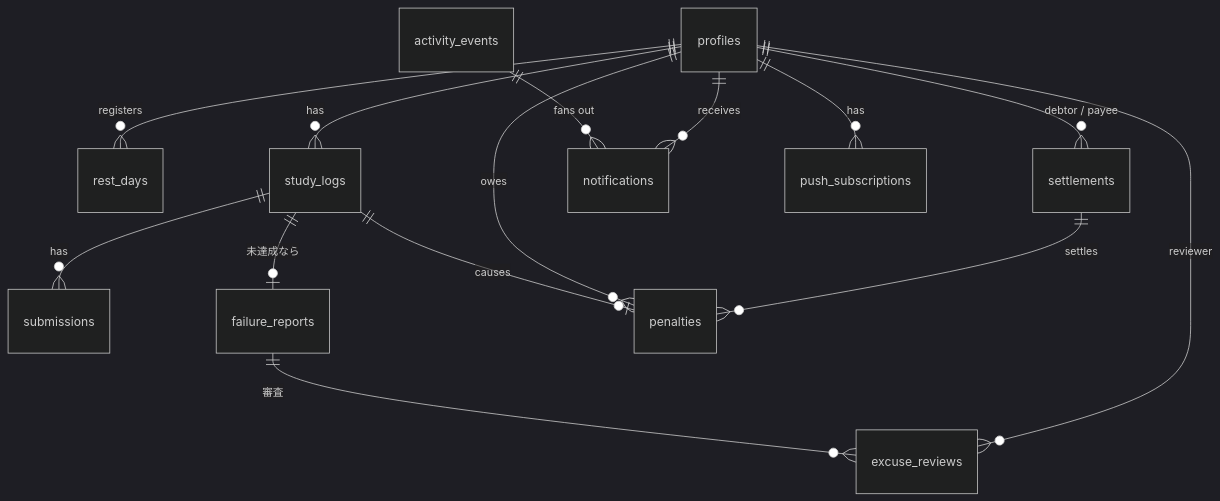
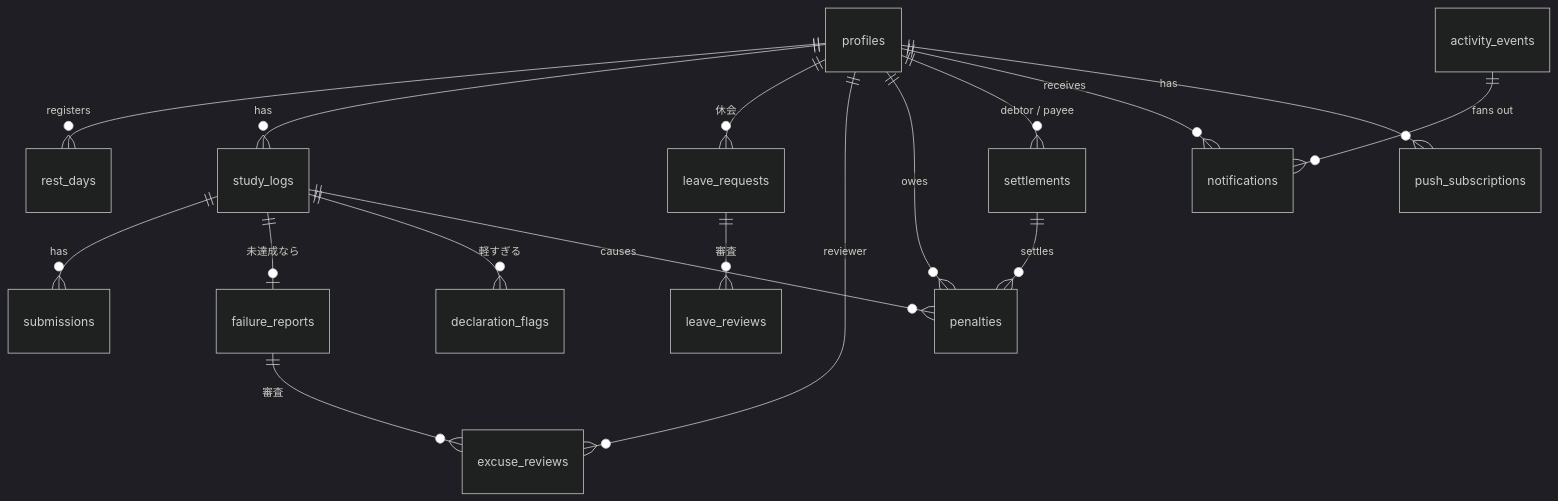
One commit to ashilal1/force-study-app changed the diagram in docs/database.md. Above: the diagram before and after it, drawn with Mermaid (dark theme). The commit also changed other lines of this file and 4 other files, not shown here.

Commit message:
docs: add declaration flags, leave of absence, late-payment penalty; no netting

````diff
--- a/docs/database.md
+++ b/docs/database.md
@@ -7,16 +7,19 @@
 ```mermaid
 erDiagram
     profiles ||--o{ rest_days : "registers"
     profiles ||--o{ study_logs : "has"
     study_logs ||--o{ submissions : "has"
     study_logs ||--o| failure_reports : "未達成なら"
+    study_logs ||--o{ declaration_flags : "軽すぎる"
+    profiles ||--o{ leave_requests : "休会"
+    leave_requests ||--o{ leave_reviews : "審査"
     failure_reports ||--o{ excuse_reviews : "審査"
     profiles ||--o{ excuse_reviews : "reviewer"
-    study_logs ||--o| penalties : "causes"
+    study_logs ||--o{ penalties : "causes"
     profiles ||--o{ penalties : "owes"
     settlements ||--o{ penalties : "settles"
     profiles ||--o{ settlements : "debtor / payee"
     activity_events ||--o{ notifications : "fans out"
     profiles ||--o{ notifications : "receives"
     profiles ||--o{ push_subscriptions : "has"
 ```
````
